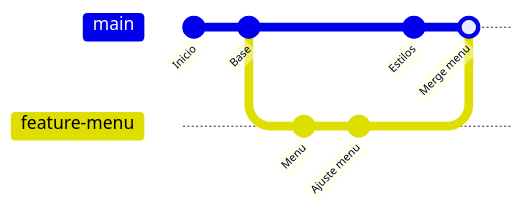
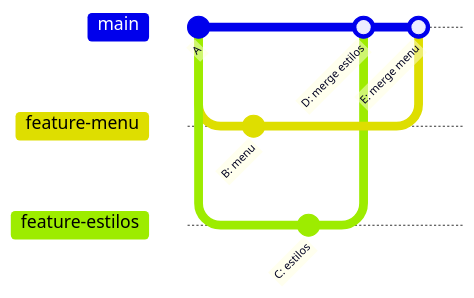
One commit to 7on2/curso-git-github-desde-cero changed diagram 13 of 23 in README.md. Above: the diagram before and after it, drawn with Mermaid. The commit also changed other lines of this file, not shown here.

````diff
--- a/README.md
+++ b/README.md
@@ -117,12 +642,14 @@
 ```mermaid
 gitGraph
-    commit id: "Inicio"
-    commit id: "Base"
+    commit id: "A"
     branch feature-menu
     checkout feature-menu
-    commit id: "Menu"
-    commit id: "Ajuste menu"
+    commit id: "B: menu"
     checkout main
-    commit id: "Estilos"
-    merge feature-menu id: "Merge menu"
+    branch feature-estilos
+    checkout feature-estilos
+    commit id: "C: estilos"
+    checkout main
+    merge feature-estilos id: "D: merge estilos"
+    merge feature-menu id: "E: merge menu"
 ```
````
